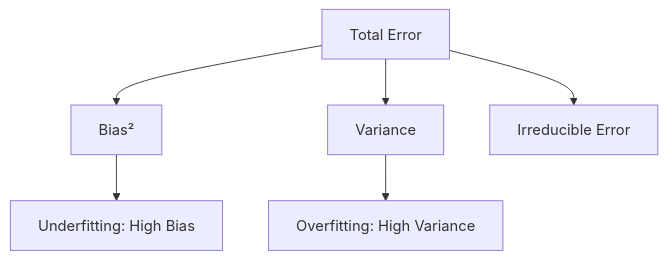
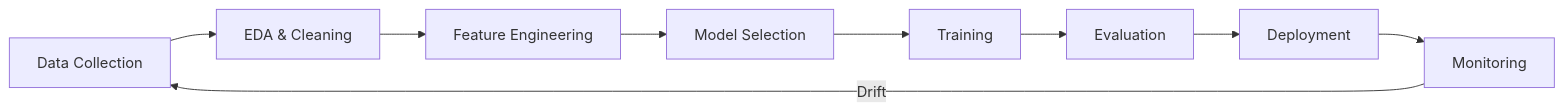
One commit to vanos001/placement_prep changed the second of 3 diagrams in src/ml/overview.md. Above: the diagram before and after it, drawn with Mermaid. The commit also changed other lines of this file and 2 other files, not shown here.

````diff
--- a/src/ml/overview.md
+++ b/src/ml/overview.md
@@ -66,8 +38,11 @@
 ```mermaid
-graph TD
-    A[Total Error] --> B[Bias²]
-    A --> C[Variance]
-    A --> D[Irreducible Error]
-    B --> E[Underfitting: High Bias]
-    C --> F[Overfitting: High Variance]
+graph LR
+    A[Data Collection] --> B[EDA & Cleaning]
+    B --> C[Feature Engineering]
+    C --> D[Model Selection]
+    D --> E[Training]
+    E --> F[Evaluation]
+    F --> G[Deployment]
+    G --> H[Monitoring]
+    H -->|Drift| A
 ```
````
